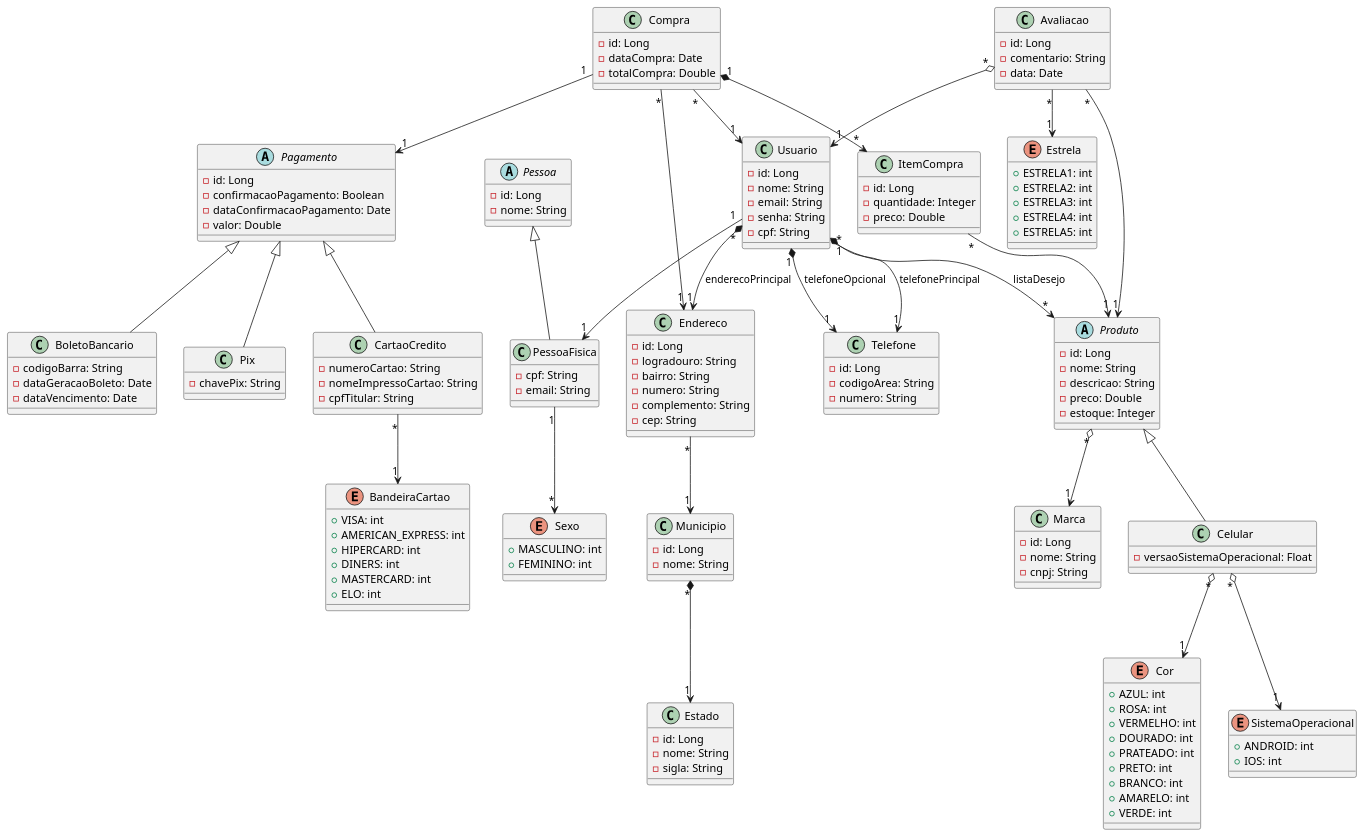
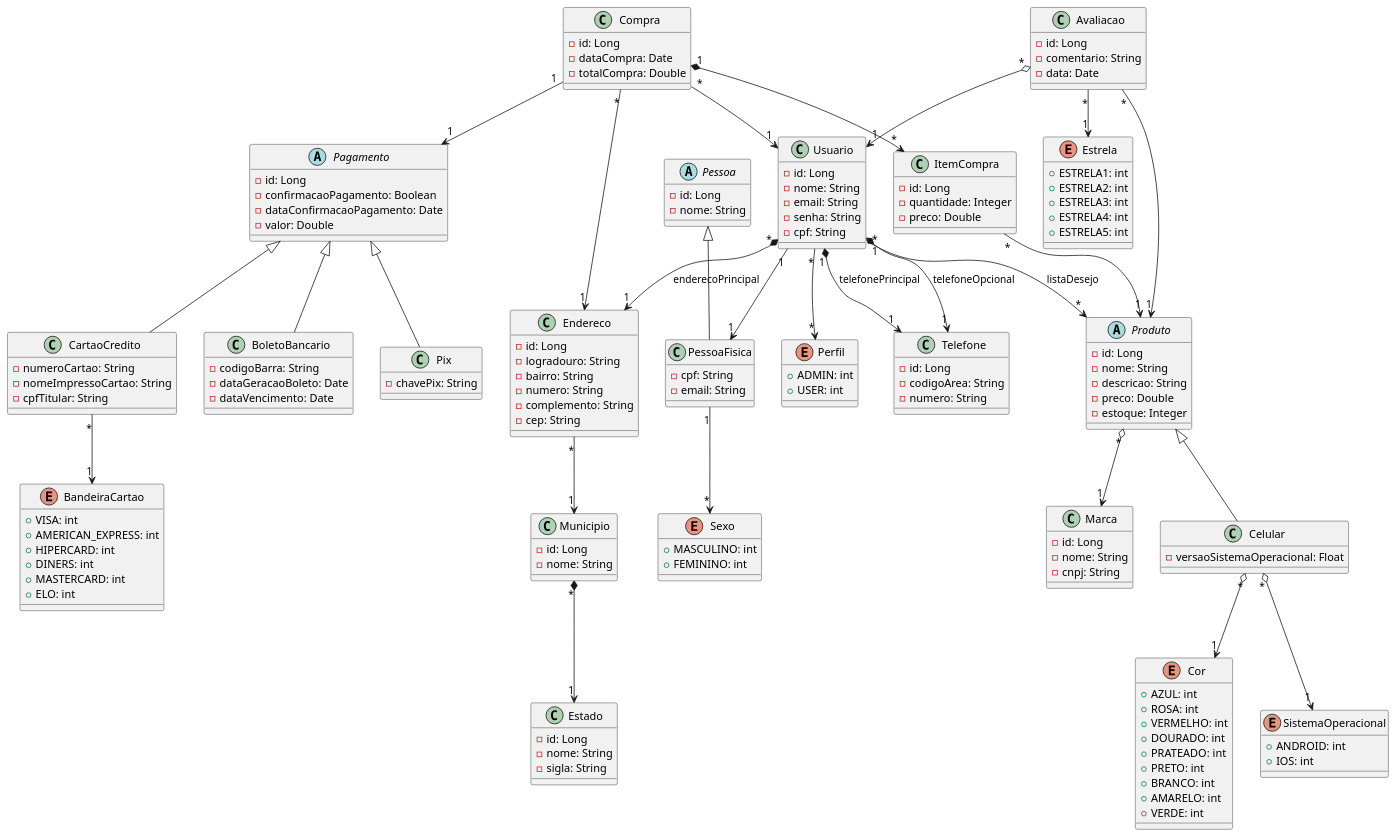
Before and after one commit to HitaloAguiar/Project_ecommerce: the diagram in ecommerce-Celular.plantuml, drawn with PlantUML. The commit also changed 42 other files, not shown here.

```diff
--- a/ecommerce-Celular.plantuml
+++ b/ecommerce-Celular.plantuml
@@ -60,6 +60,12 @@
 
         + MASCULINO: int
         + FEMININO: int
+    }
+
+    enum Perfil {
+
+        + ADMIN: int
+        + USER: int
     }
 
     class Usuario {
@@ -183,6 +189,7 @@
     PessoaFisica -up-|> Pessoa
 
     Usuario "1" --> "1" PessoaFisica
+    Usuario "*" --> "*" Perfil
     Usuario "*" --> "*" Produto: listaDesejo
     Usuario "1" *--> "1" Telefone: telefonePrincipal
     Usuario "1" *--> "1" Telefone: telefoneOpcional
```
